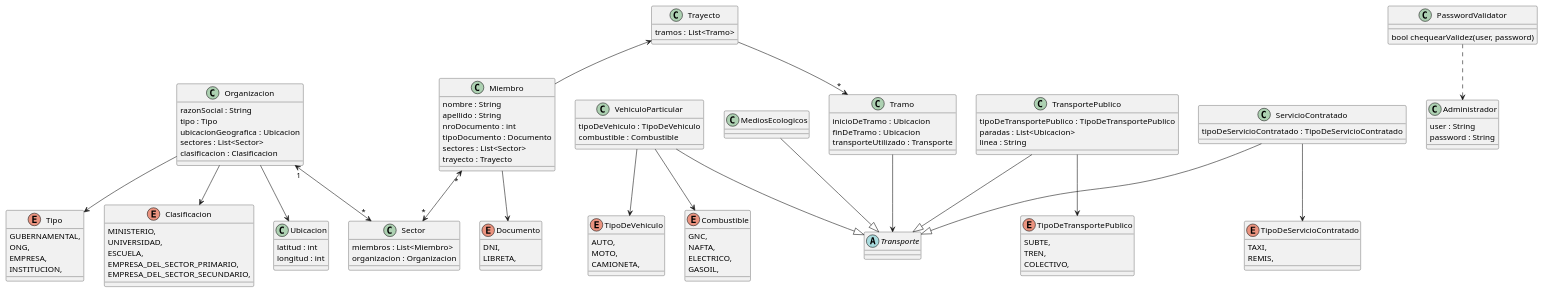
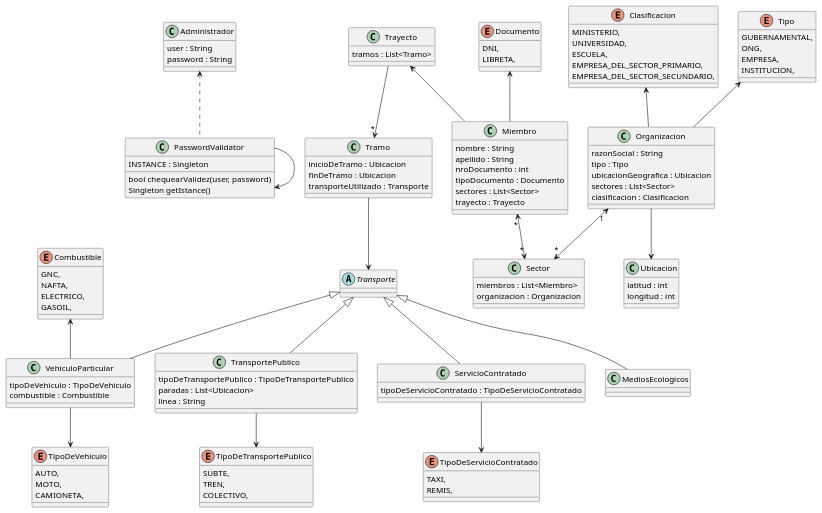
The diagram in Diagrama.puml (mbeorlegui/tpa-dds-2022), drawn with PlantUML before and after one commit. The commit also changed 2 other files, not shown here.

Commit message:
Fix singleton en UML + emprolijo diagrama UML

```diff
--- a/Diagrama.puml
+++ b/Diagrama.puml
@@ -1,145 +1,148 @@
 @startuml TPA-1
 
 class Organizacion {
   razonSocial : String
   tipo : Tipo
   ubicacionGeografica : Ubicacion
   sectores : List<Sector>
   clasificacion : Clasificacion
 }
 
 class Ubicacion {
   latitud : int
   longitud : int
 }
 
 class Sector {
   miembros : List<Miembro>
   organizacion : Organizacion
 }
 
 class Miembro {
   nombre : String
   apellido : String
   nroDocumento : int
   tipoDocumento : Documento
   sectores : List<Sector>
   trayecto : Trayecto
 }
 ' Ponemos lista de sectores en el Miembro
 ' y que cada sector conozca su organizacion,
 ' de forma tal que el miembro pueda acceder a su
 ' organizacion mediante el sector
 
 enum Documento {
   DNI,
   LIBRETA,
 }
 
 enum Tipo {
   GUBERNAMENTAL,
   ONG,
   EMPRESA,
   INSTITUCION,
 }
 
 enum Clasificacion {
   MINISTERIO,
   UNIVERSIDAD,
   ESCUELA,
   EMPRESA_DEL_SECTOR_PRIMARIO,
   EMPRESA_DEL_SECTOR_SECUNDARIO,
 }
 
 ' Usamos strategy para los medios de transportes
 abstract class Transporte {
 
 }
 
 class VehiculoParticular {
   tipoDeVehiculo : TipoDeVehiculo
   combustible : Combustible
 }
 
 class TransportePublico {
   tipoDeTransportePublico : TipoDeTransportePublico
   paradas : List<Ubicacion>
   linea : String
 }
 
 class ServicioContratado {
   tipoDeServicioContratado : TipoDeServicioContratado
 }
 
 ' Se refiere a caminar o a bicicleta
 class MediosEcologicos {
 
 }
 
 
 enum TipoDeTransportePublico {
   SUBTE,
   TREN,
   COLECTIVO,
 }
 
 enum TipoDeVehiculo {
   AUTO,
   MOTO,
   CAMIONETA,
 }
 
 enum TipoDeServicioContratado{
   TAXI,
   REMIS,
 }
 
 enum Combustible {
   GNC,
   NAFTA,
   ELECTRICO,
   GASOIL,
 }
 
 class Tramo {
   inicioDeTramo : Ubicacion
   finDeTramo : Ubicacion
   transporteUtilizado : Transporte
 }
 
 class Trayecto {
   tramos : List<Tramo>
 }
 
+class Administrador {
+  user : String
+  password : String
+}
+
+class PasswordValidator {
+  INSTANCE : Singleton
+  bool chequearValidez(user, password)
+  Singleton getIstance()
+}
+
 Miembro "*"<-->"*" Sector
-Organizacion --> Tipo
-Organizacion --> Clasificacion
+Organizacion -up-> Tipo
+Organizacion -up-> Clasificacion
 Organizacion --> Ubicacion
 Organizacion "1"<-->"*" Sector
-Miembro --> Documento
+Miembro -up-> Documento
 
 Trayecto --> "*" Tramo
 Trayecto <-- Miembro
 Tramo --> Transporte
 TransportePublico --> TipoDeTransportePublico
 VehiculoParticular --> TipoDeVehiculo
-VehiculoParticular --> Combustible
-ServicioContratado --> TipoDeServicioContratado
+VehiculoParticular -up-> Combustible
+ServicioContratado -down-> TipoDeServicioContratado
 
-TransportePublico --|> Transporte
-VehiculoParticular --|> Transporte
-MediosEcologicos --|> Transporte
-ServicioContratado --|> Transporte
+TransportePublico -up-|> Transporte
+VehiculoParticular -up-|> Transporte
+MediosEcologicos -up-|> Transporte
+ServicioContratado -up-|> Transporte
 
-class Administrador {
-  user : String
-  password : String
-}
-
-class PasswordValidator {
-  bool chequearValidez(user, password)
-}
-
-PasswordValidator ..> Administrador
+PasswordValidator .up.> Administrador
+PasswordValidator --> PasswordValidator
 
 @enduml
```
